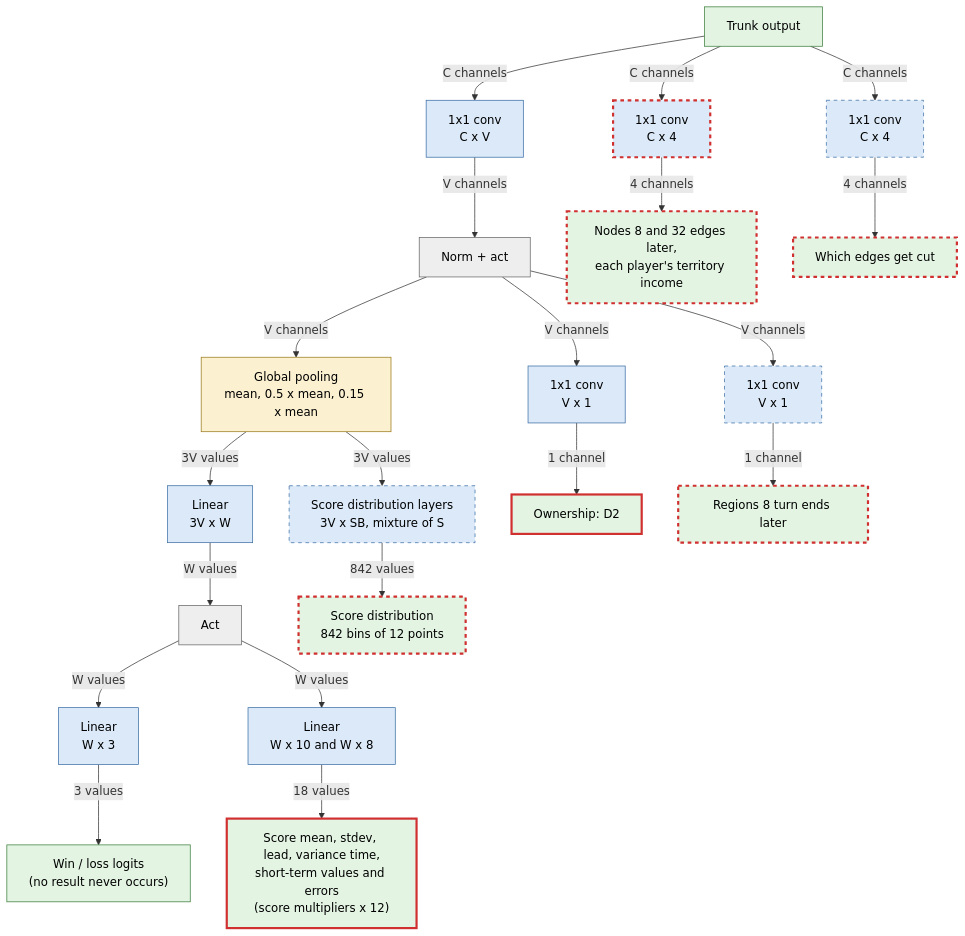
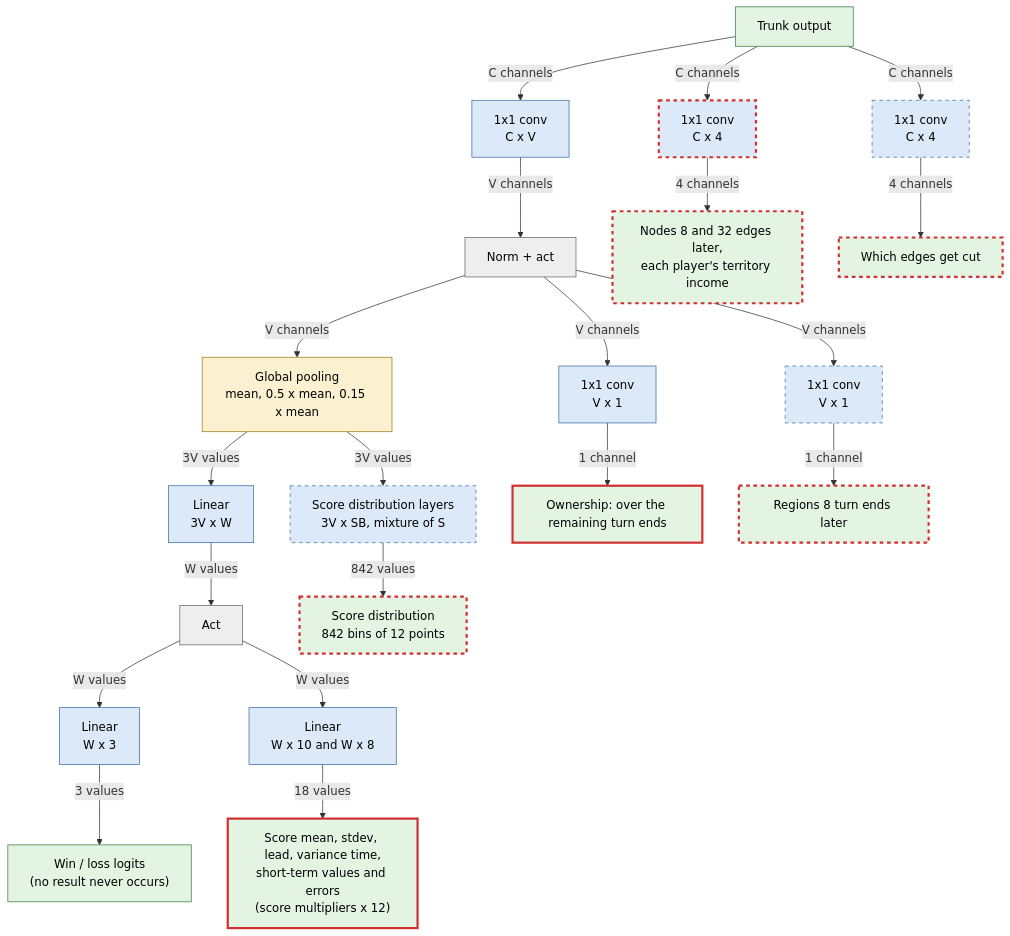
Before and after one commit to abstractclass-org/KataGame: the fourth of 5 diagrams in ENCLOSURE_NETWORK.md, drawn with Mermaid. The commit also changed other lines of this file, not shown here.

````diff
--- a/ENCLOSURE_NETWORK.md
+++ b/ENCLOSURE_NETWORK.md
@@ -257,62 +260,62 @@
 ```mermaid
 flowchart TD
     T["Trunk output"]
     V1["1x1 conv<br/>C x V"]
     VN["Norm + act"]
     VP["Global pooling<br/>mean, 0.5 x mean, 0.15 x mean"]
     V2["Linear<br/>3V x W"]
     V2A["Act"]
     V3["Linear<br/>W x 3"]
     SV3["Linear<br/>W x 10 and W x 8"]
     SB["Score distribution layers<br/>3V x SB, mixture of S"]
     OWN["1x1 conv<br/>V x 1"]
     SCO["1x1 conv<br/>V x 1"]
     FP["1x1 conv<br/>C x 4"]
     SK["1x1 conv<br/>C x 4"]
     VO["Win / loss logits<br/>(no result never occurs)"]
     SO["Score mean, stdev, lead, variance time,<br/>short-term values and errors<br/>(score multipliers x 12)"]
     SBO["Score distribution<br/>842 bins of 12 points"]
-    OO["Ownership: D2"]
+    OO["Ownership: over the remaining turn ends"]
     SCOO["Regions 8 turn ends later"]
     FPO["Nodes 8 and 32 edges later,<br/>each player's territory income"]
     SKO["Which edges get cut"]
     T -->|"C channels"| V1
     V1 -->|"V channels"| VN
     VN -->|"V channels"| VP
     VP -->|"3V values"| V2
     V2 -->|"W values"| V2A
     V2A -->|"W values"| V3
     V2A -->|"W values"| SV3
     VP -->|"3V values"| SB
     V3 -->|"3 values"| VO
     SV3 -->|"18 values"| SO
     SB -->|"842 values"| SBO
     VN -->|"V channels"| OWN
     VN -->|"V channels"| SCO
     T -->|"C channels"| FP
     T -->|"C channels"| SK
     OWN -->|"1 channel"| OO
     SCO -->|"1 channel"| SCOO
     FP -->|"4 channels"| FPO
     SK -->|"4 channels"| SKO
     class T,VO,SO,SBO,OO,SCOO,FPO,SKO io
     class V1,V2,V3,SV3,SB,OWN,SCO,FP,SK c1
     class VN,V2A na
     class VP pool
     style SO stroke:#d03030,stroke-width:3px
     style SBO stroke:#d03030,stroke-width:3px,stroke-dasharray: 5 5
     style SB stroke-dasharray: 5 5
     style OO stroke:#d03030,stroke-width:3px
     style SCOO stroke:#d03030,stroke-width:3px,stroke-dasharray: 5 5
     style FP stroke:#d03030,stroke-width:3px,stroke-dasharray: 5 5
     style FPO stroke:#d03030,stroke-width:3px,stroke-dasharray: 5 5
     style SKO stroke:#d03030,stroke-width:3px,stroke-dasharray: 5 5
     style SCO stroke-dasharray: 5 5
     style SK stroke-dasharray: 5 5
     classDef io fill:#e3f4e3,stroke:#3a7d3a,color:#000
     classDef c3 fill:#f8dede,stroke:#a53a3a,color:#000
     classDef c1 fill:#dbe9f8,stroke:#3a6ea5,color:#000
     classDef pool fill:#fbf0d0,stroke:#9a7a1a,color:#000
     classDef na fill:#eeeeee,stroke:#666666,color:#000
     classDef blk fill:#ffffff,stroke:#333333,color:#000
 ```
````
